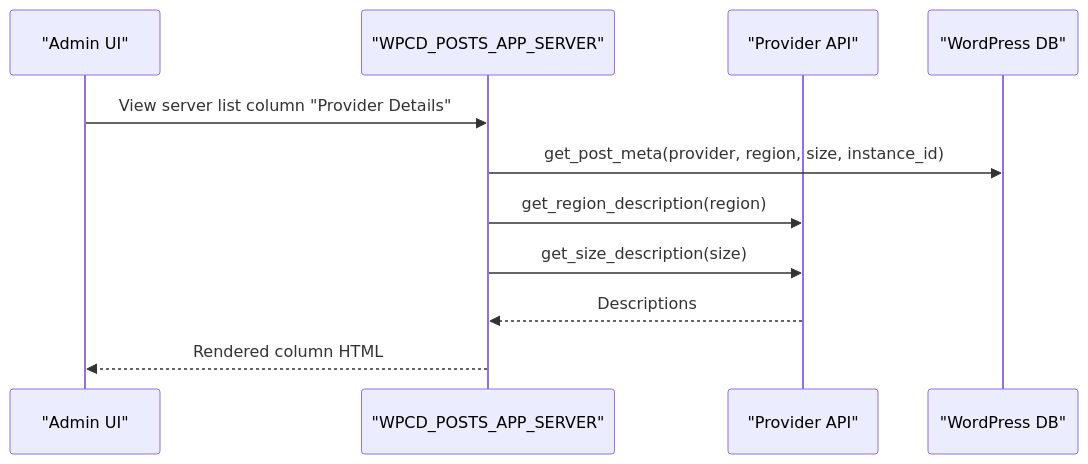
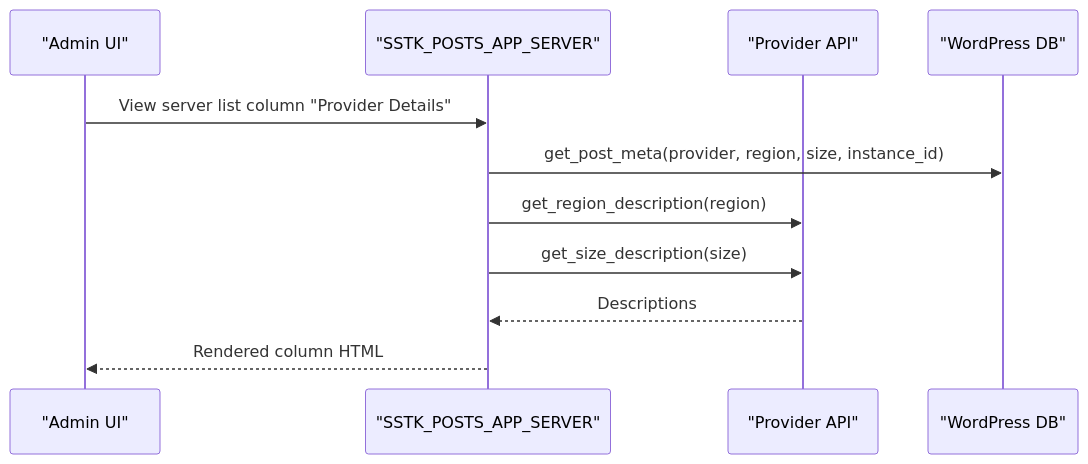
The fourth of 10 diagrams in .qoder/repowiki/en/content/Core Components/Data Models & Post Types.md (onedogsolutions/simple-stack), drawn with Mermaid before and after one commit. The commit also changed other lines of this file and 5941 other files, not shown here.

````diff
--- a/.qoder/repowiki/en/content/Core Components/Data Models & Post Types.md
+++ b/.qoder/repowiki/en/content/Core Components/Data Models & Post Types.md
@@ -166,13 +166,13 @@
 ```mermaid
 sequenceDiagram
 participant Admin as "Admin UI"
-participant ServerCPT as "WPCD_POSTS_APP_SERVER"
+participant ServerCPT as "SSTK_POSTS_APP_SERVER"
 participant ProviderAPI as "Provider API"
 participant DB as "WordPress DB"
 Admin->>ServerCPT : View server list column "Provider Details"
 ServerCPT->>DB : get_post_meta(provider, region, size, instance_id)
 ServerCPT->>ProviderAPI : get_region_description(region)
 ServerCPT->>ProviderAPI : get_size_description(size)
 ProviderAPI-->>ServerCPT : Descriptions
 ServerCPT-->>Admin : Rendered column HTML
 ```
````
